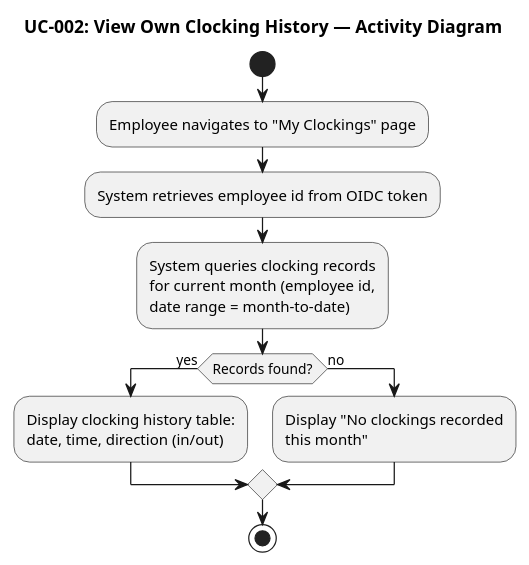
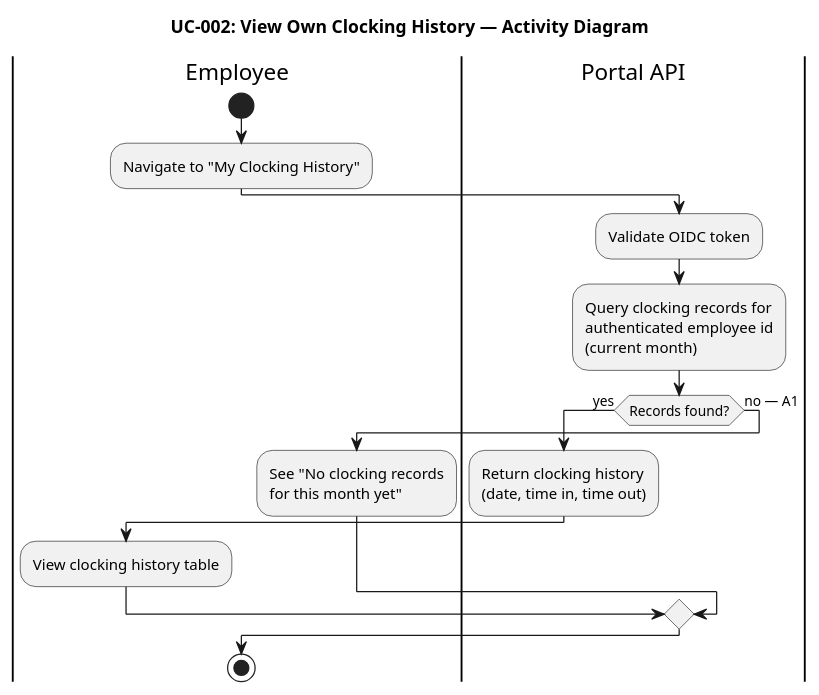
Before and after one commit to banense-test/portal-cuba-corp: the fourth of 13 diagrams in docs/artifacts/requirements/use-case-model.md, drawn with PlantUML. The commit also changed other lines of this file, not shown here.

````diff
--- a/docs/artifacts/requirements/use-case-model.md
+++ b/docs/artifacts/requirements/use-case-model.md
@@ -205,20 +266,21 @@
 ```plantuml
 @startuml
 title UC-002: View Own Clocking History — Activity Diagram
 
+|Employee|
 start
-:Employee navigates to "My Clockings" page;
-:System retrieves employee id from OIDC token;
-:System queries clocking records
-for current month (employee id,
-date range = month-to-date);
+:Navigate to "My Clocking History";
+|Portal API|
+:Validate OIDC token;
+:Query clocking records for\nauthenticated employee id\n(current month);
 if (Records found?) then (yes)
-  :Display clocking history table:
-  date, time, direction (in/out);
-else (no)
-  :Display "No clockings recorded
-  this month";
+  :Return clocking history\n(date, time in, time out);
+  |Employee|
+  :View clocking history table;
+else (no — A1)
+  |Employee|
+  :See "No clocking records\nfor this month yet";
 endif
 stop
 @enduml
 ```
````
